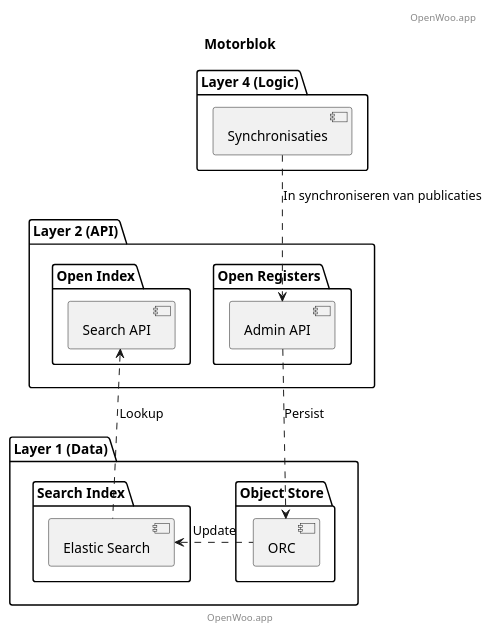
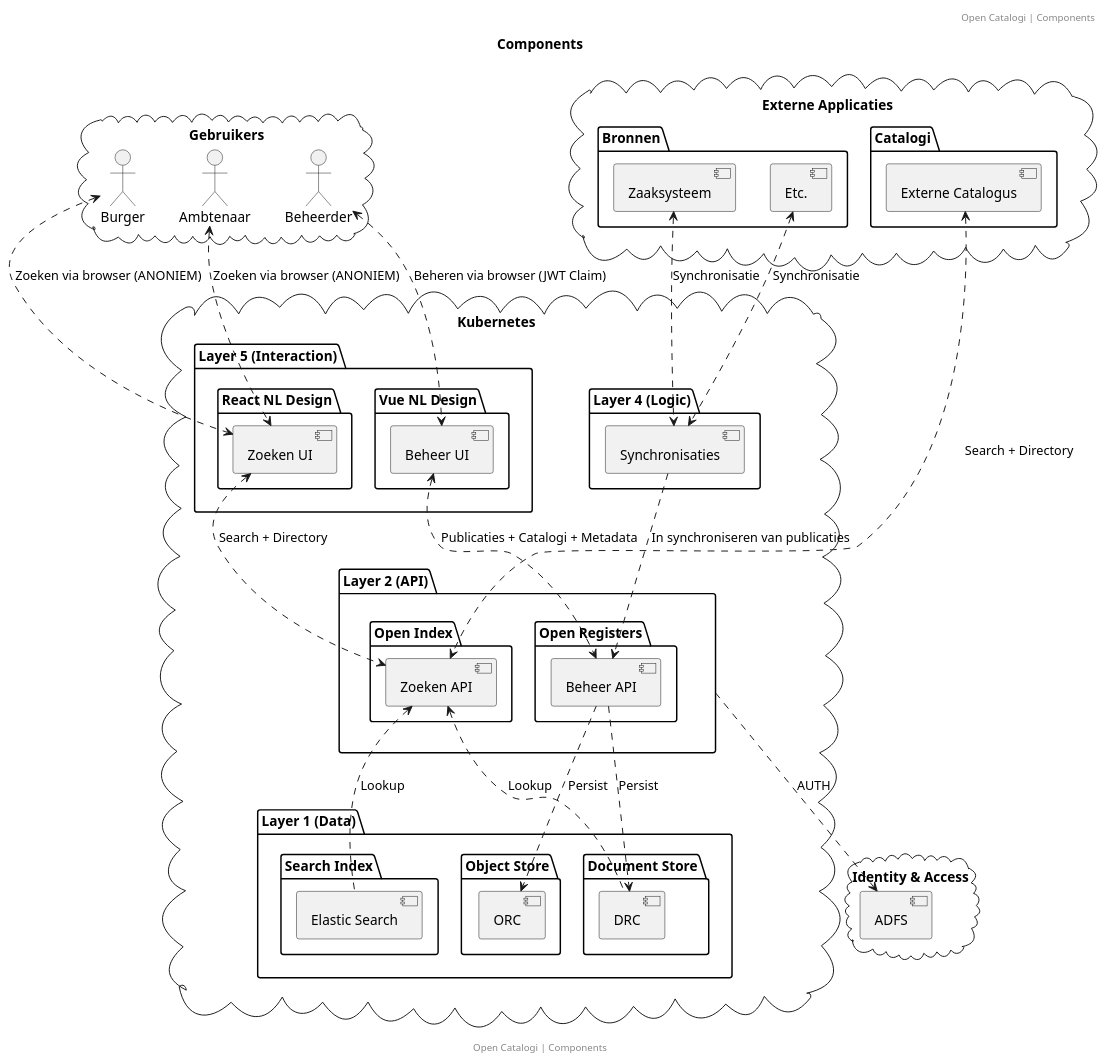
The diagram in docs/Componenten.puml (ConductionNL/woo-website-template), drawn with PlantUML before and after one commit. The commit also changed 3 other files, not shown here.

```diff
--- a/docs/Componenten.puml
+++ b/docs/Componenten.puml
@@ -1,36 +1,83 @@
 @startuml
-title Motorblok
-footer: OpenWoo.app
-header: OpenWoo.app
+title: Components
+footer: Open Catalogi | Components
+header: Open Catalogi | Components
+
+cloud "Identity & Access"{
+ [ADFS] as identity
+}
+
+cloud "Gebruikers"{
+actor "Burger" as burger
+actor "Ambtenaar" as medewerker
+actor "Beheerder" as adminUser
+}
+
+cloud "Externe Applicaties"{
+package "Bronnen" {
+ [Zaaksysteem] as ZGW
+ [Etc.] as ETC
+}
+package "Catalogi" {
+ [Externe Catalogus] as externalCatalogue
+}
+}
+
+cloud "Kubernetes"{
+
+package "Layer 5 (Interaction)" {
+package "React NL Design" {
+ [Zoeken UI] as ui
+}
+
+package "Vue NL Design" {
+ [Beheer UI] as admin
+}
+}
 
 package "Layer 4 (Logic)" as layer4 {
  [Synchronisaties] as service
 }
 
 package "Layer 2 (API)" as layer2 {
 
 package "Open Index" {
- [Search API] as SearchAPI
+ [Zoeken API] as SearchAPI
 }
 package "Open Registers" {
- [Admin API] as ObjectsAPI
+ [Beheer API] as ObjectsAPI
 }
 }
 
 package "Layer 1 (Data)" {
 
 package "Search Index" {
  [Elastic Search] as search
 }
 
 package "Object Store" {
  [ORC] as db
 }
+
+package "Document Store" {
+ [DRC] as drc
+}
 }
 
-db .left.> search: Update
+externalCatalogue <..> SearchAPI: Search + Directory
+burger <..> ui: Zoeken via browser (ANONIEM)
+medewerker <..> ui: Zoeken via browser (ANONIEM)
+adminUser <..> admin: Beheren via browser (JWT Claim)
+
+ui <..> SearchAPI: Search + Directory
+admin <..> ObjectsAPI: Publicaties + Catalogi + Metadata
+ZGW <..> service: Synchronisatie
+ETC <..> service: Synchronisatie
+
 ObjectsAPI .down.> db: Persist
+ObjectsAPI .down.> drc: Persist
 SearchAPI <.down. search: Lookup
+SearchAPI <.down. drc: Lookup
+layer2 .down.> identity: AUTH
 service .down.> ObjectsAPI: In synchroniseren van publicaties
-
 @enduml
```
